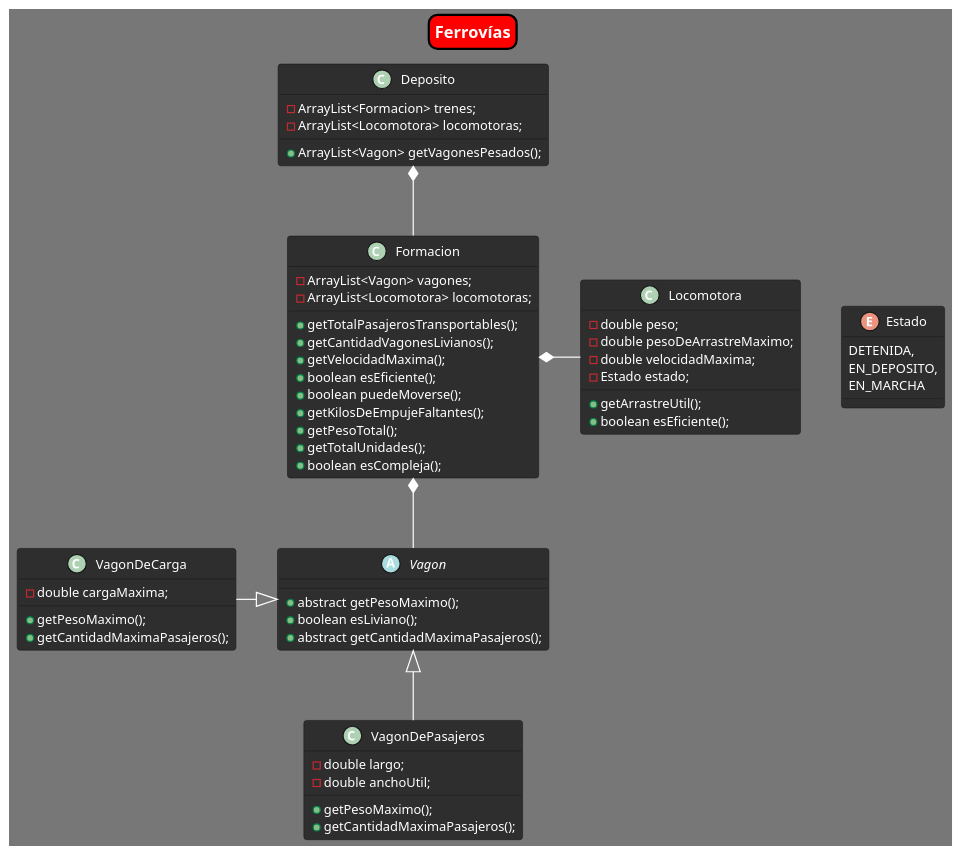
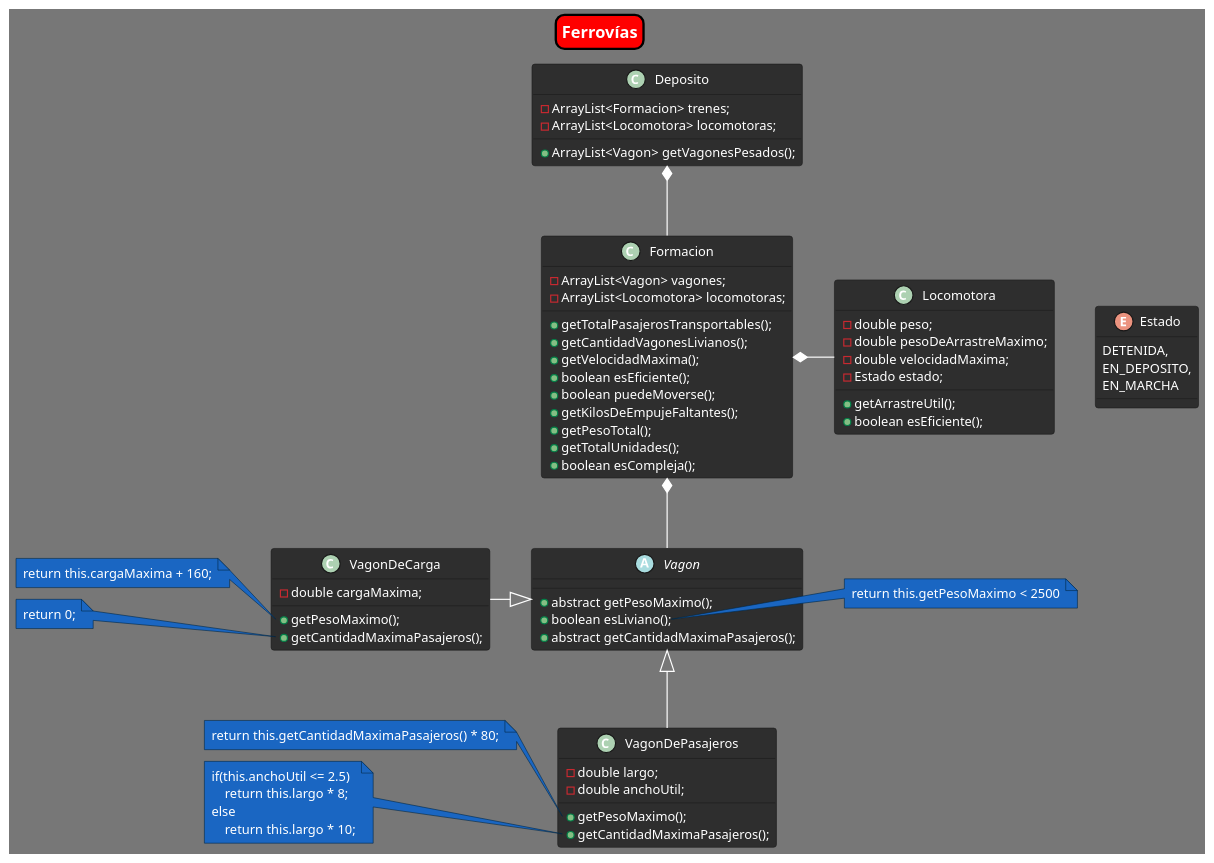
The diagram in EjercicioTrenesYDepositos/src/diagrama.puml (m-doce/ejercicios_utn), drawn with PlantUML before and after one commit.

Commit message:
Se agregan notas con las funcionalidades de las clases Vagon

```diff
--- a/EjercicioTrenesYDepositos/src/diagrama.puml
+++ b/EjercicioTrenesYDepositos/src/diagrama.puml
@@ -1,86 +1,114 @@
 @startuml
 title "Ferrovías"
 !theme reddress-darkblue
 scale 1.3
 'skinparam Linetype ortho
 skinparam titleBorderRoundCorner 15
 skinparam titleBorderThickness 2
 skinparam titleBorderColor #000000
 skinparam titleBackgroundColor #FF0000
 skinparam defaultFontColor #FFFFFF
 skinparam titleFontColor #FFFFFF
 
 
 class Formacion {
     -ArrayList<Vagon> vagones;
     -ArrayList<Locomotora> locomotoras;
 
     +getTotalPasajerosTransportables();
     +getCantidadVagonesLivianos();
     +getVelocidadMaxima();
     +boolean esEficiente();
     +boolean puedeMoverse();
     +getKilosDeEmpujeFaltantes();
     +getPesoTotal();
     +getTotalUnidades();
     +boolean esCompleja();
 }
 
 class Locomotora {
     -double peso;
     -double pesoDeArrastreMaximo;
     -double velocidadMaxima;
     -Estado estado;
 
     +getArrastreUtil();
     +boolean esEficiente();
 }
 
 enum Estado {
     DETENIDA,
     EN_DEPOSITO,
     EN_MARCHA
 }
 
 abstract class Vagon {
     +abstract getPesoMaximo();
     +boolean esLiviano();
     +abstract getCantidadMaximaPasajeros();
 }
 
 class VagonDeCarga {
     -double cargaMaxima;
 
     +getPesoMaximo();
     +getCantidadMaximaPasajeros();
 }
 
 class VagonDePasajeros {
     -double largo;
     -double anchoUtil;
 
     +getPesoMaximo();
     +getCantidadMaximaPasajeros();
 }
 
 class Deposito {
     -ArrayList<Formacion> trenes;
     -ArrayList<Locomotora> locomotoras;
 
     +ArrayList<Vagon> getVagonesPesados();
 }
 
 
 
 '<<<<<<<<<<<<<< Relaciones <<<<<<<<<<<<<<
 Deposito *-- Formacion
 
 Formacion *-- Vagon
 Formacion *-r- Locomotora
 
 Vagon <|-l- VagonDeCarga
 Vagon <|-- VagonDePasajeros
 
 Locomotora -[hidden]r- Estado
 
+
+
+'<<<<<<<<<<<<<< Notas <<<<<<<<<<<<<<
+
+'<<<<<<<<<<<<<< Vagones <<<<<<<<<<<<<<
+note right of Vagon::esLiviano
+return this.getPesoMaximo < 2500
+endnote
+
+note left of VagonDePasajeros::getPesoMaximo
+return this.getCantidadMaximaPasajeros() * 80;
+endnote
+
+note left of VagonDePasajeros::getCantidadMaximaPasajeros
+if(this.anchoUtil <= 2.5)
+    return this.largo * 8;
+else
+    return this.largo * 10;
+endnote
+
+note left of VagonDeCarga::getPesoMaximo
+return this.cargaMaxima + 160;
+endnote
+
+note left of VagonDeCarga::getCantidadMaximaPasajeros
+return 0;
+endnote
+
 @enduml
```
